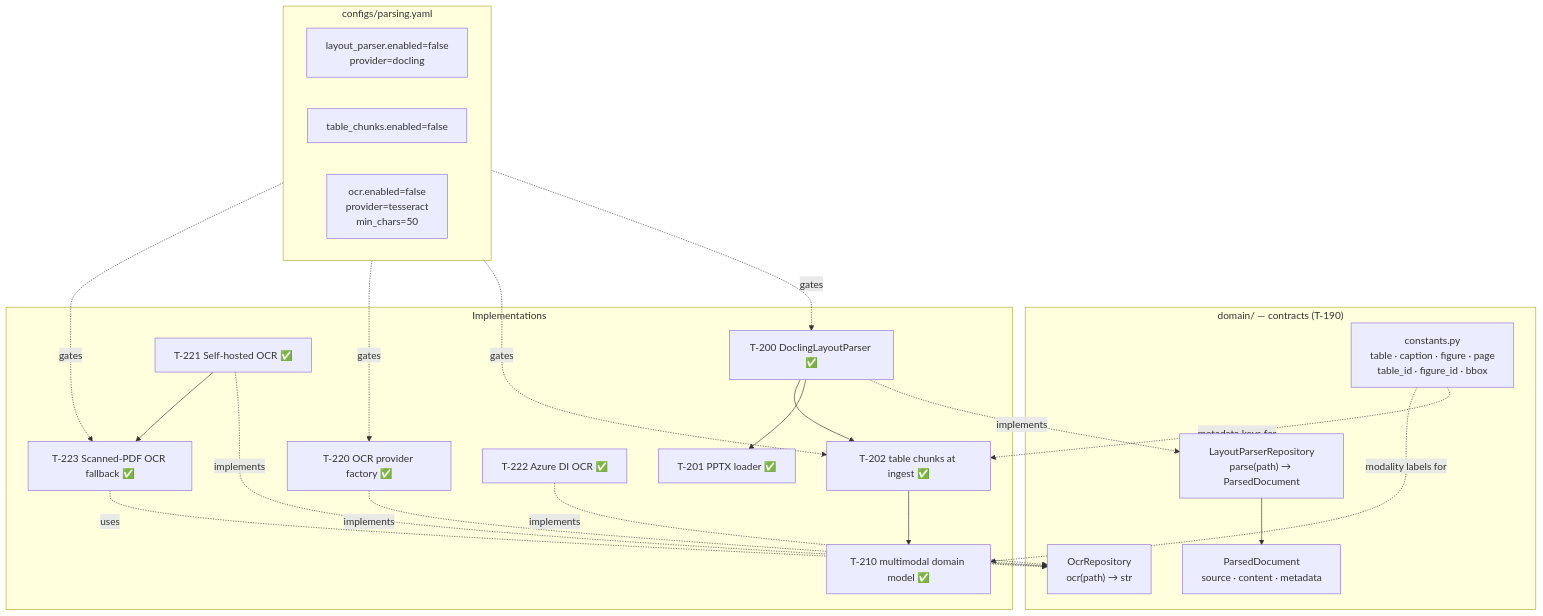
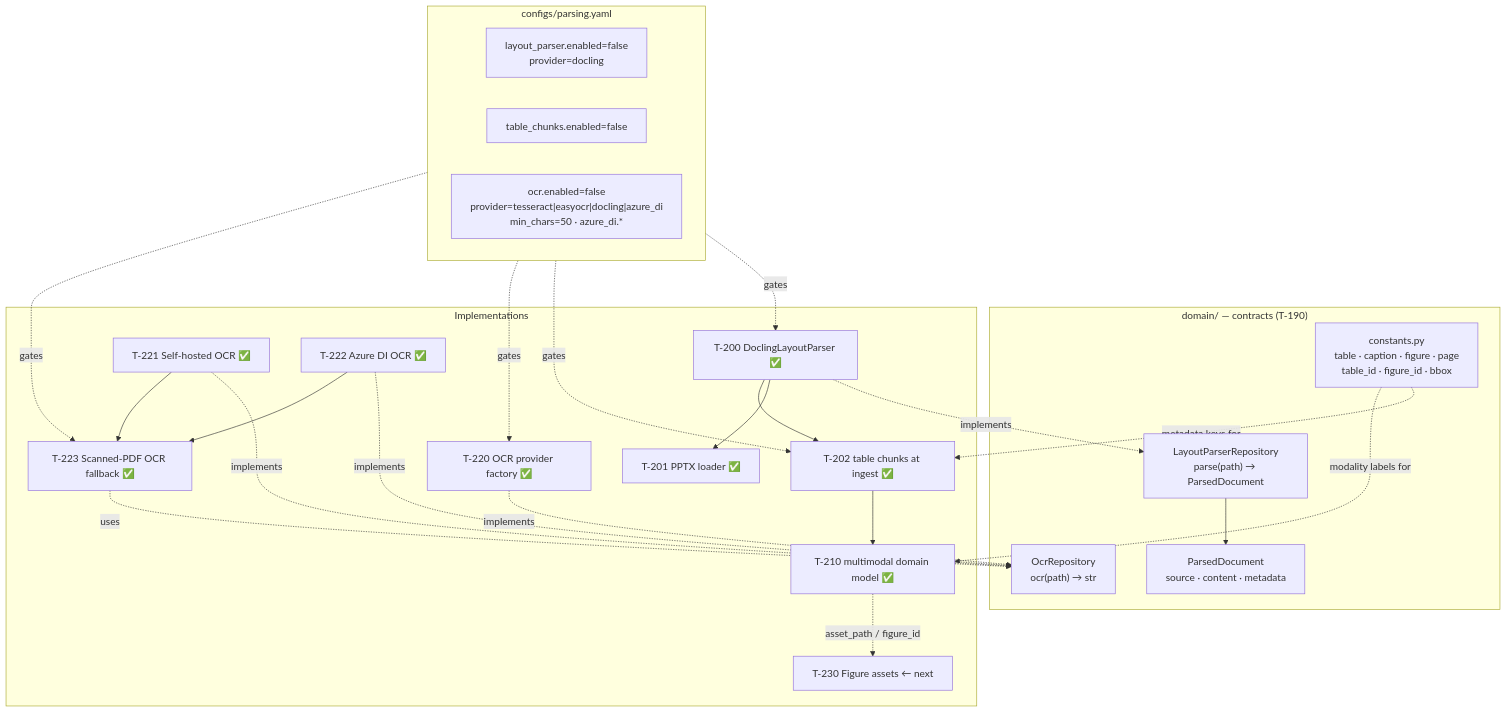
Before and after one commit to ealbertoav/rag_platform: the fourth of 23 diagrams in README.md, drawn with Mermaid. The commit also changed other lines of this file and 2 other files, not shown here.

First line of the commit message:
Add Azure DI OCR support and update README, configs, and pipeline wiring (T-222, T-223):

````diff
--- a/README.md
+++ b/README.md
@@ -597,43 +600,46 @@
 ```mermaid
 flowchart TB
     subgraph DOMAIN["domain/ — contracts (T-190)"]
         LPR["LayoutParserRepository<br/>parse(path) → ParsedDocument"]
         OCR["OcrRepository<br/>ocr(path) → str"]
         PD["ParsedDocument<br/>source · content · metadata"]
         CONST["constants.py<br/>table · caption · figure · page<br/>table_id · figure_id · bbox"]
     end
 
     subgraph CONFIG["configs/parsing.yaml"]
         LPSET["layout_parser.enabled=false<br/>provider=docling"]
         TCSET["table_chunks.enabled=false"]
-        OCRSET["ocr.enabled=false<br/>provider=tesseract<br/>min_chars=50"]
+        OCRSET["ocr.enabled=false<br/>provider=tesseract|easyocr|docling|azure_di<br/>min_chars=50 · azure_di.*"]
     end
 
     subgraph IMPL["Implementations"]
         T200["T-200 DoclingLayoutParser ✅"]
         T201["T-201 PPTX loader ✅"]
         T202["T-202 table chunks at ingest ✅"]
         T210["T-210 multimodal domain model ✅"]
         T220["T-220 OCR provider factory ✅"]
         T221["T-221 Self-hosted OCR ✅"]
         T222["T-222 Azure DI OCR ✅"]
         T223["T-223 Scanned-PDF OCR fallback ✅"]
+        T230["T-230 Figure assets ← next"]
     end
 
     LPR --> PD
     CONFIG -.->|gates| T200
     CONFIG -.->|gates| T202
     CONFIG -.->|gates| T220
     CONFIG -.->|gates| T223
     T200 -.->|implements| LPR
     T220 -.->|implements| OCR
     T221 -.->|implements| OCR
     T222 -.->|implements| OCR
     T223 -.->|uses| OCR
     T200 --> T201
     T200 --> T202
     T202 --> T210
     T221 --> T223
+    T222 --> T223
+    T210 -.->|asset_path / figure_id| T230
     CONST -.->|metadata keys for| T202
     CONST -.->|modality labels for| T210
 ```
````
